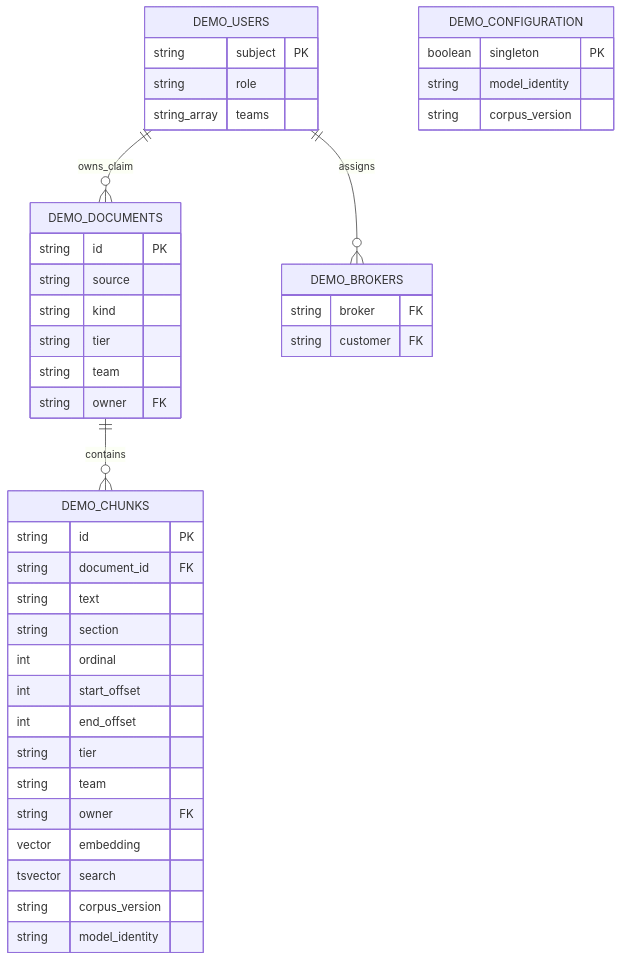
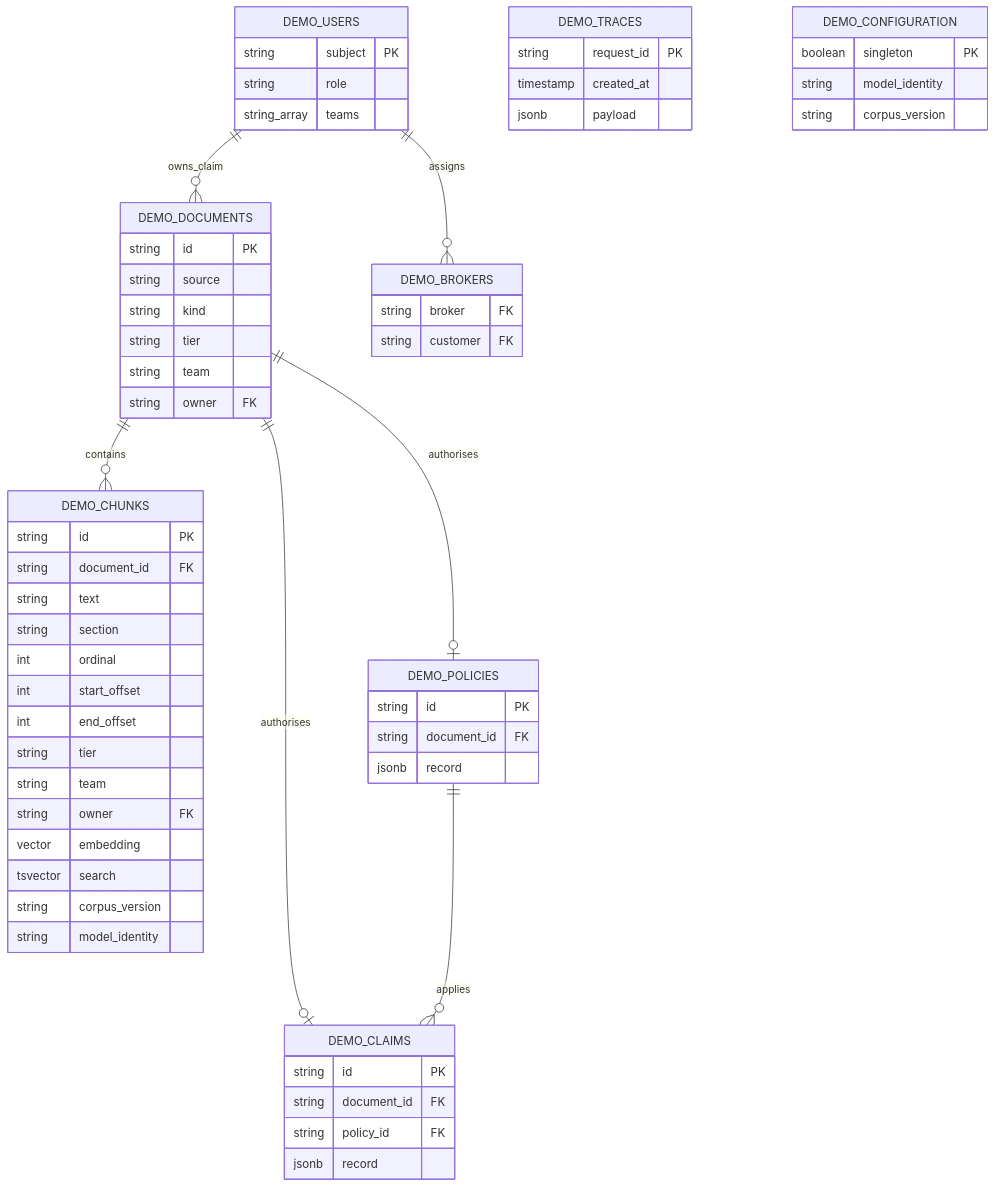
One commit to venkatakgonela/rag-audit-demo changed the fifth of 6 diagrams in docs/ARCHITECTURE.md. Above: the diagram before and after it, drawn with Mermaid. The commit also changed other lines of this file and 10 other files, not shown here.

````diff
--- a/docs/ARCHITECTURE.md
+++ b/docs/ARCHITECTURE.md
@@ -94,44 +105,63 @@
 ```mermaid
 erDiagram
     DEMO_USERS ||--o{ DEMO_DOCUMENTS : owns_claim
     DEMO_USERS ||--o{ DEMO_BROKERS : assigns
     DEMO_DOCUMENTS ||--o{ DEMO_CHUNKS : contains
+    DEMO_DOCUMENTS ||--o| DEMO_POLICIES : authorises
+    DEMO_DOCUMENTS ||--o| DEMO_CLAIMS : authorises
+    DEMO_POLICIES ||--o{ DEMO_CLAIMS : applies
+    DEMO_POLICIES {
+        string id PK
+        string document_id FK
+        jsonb record
+    }
+    DEMO_CLAIMS {
+        string id PK
+        string document_id FK
+        string policy_id FK
+        jsonb record
+    }
+    DEMO_TRACES {
+        string request_id PK
+        timestamp created_at
+        jsonb payload
+    }
     DEMO_USERS {
         string subject PK
         string role
         string_array teams
     }
     DEMO_BROKERS {
         string broker FK
         string customer FK
     }
     DEMO_DOCUMENTS {
         string id PK
         string source
         string kind
         string tier
         string team
         string owner FK
     }
     DEMO_CHUNKS {
         string id PK
         string document_id FK
         string text
         string section
         int ordinal
         int start_offset
         int end_offset
         string tier
         string team
         string owner FK
         vector embedding
         tsvector search
         string corpus_version
         string model_identity
     }
     DEMO_CONFIGURATION {
         boolean singleton PK
         string model_identity
         string corpus_version
     }
 ```
````
